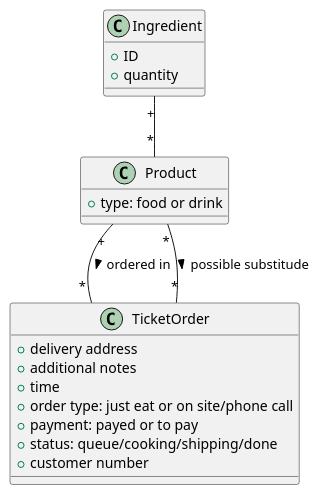
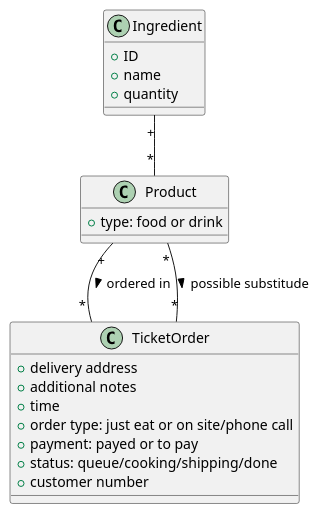
The diagram in ReportToBe.md (MattiaRiola/is-pizzeria-project), drawn with PlantUML before and after one commit. The commit also changed other lines of this file, not shown here.

````diff
--- a/ReportToBe.md
+++ b/ReportToBe.md
@@ -49,26 +71,27 @@
 ```plantuml
 @startuml
 class TicketOrder {
   + delivery address
   + additional notes
   + time
   + order type: just eat or on site/phone call
   + payment: payed or to pay
   + status: queue/cooking/shipping/done
   + customer number
 }
 
 class Product {
   + type: food or drink
 }
 
 class Ingredient {
   + ID
+  + name
   + quantity
 }
 
 Product "+" -- "*" TicketOrder : ordered in >
 Product "*" -- "*" TicketOrder : possible substitude >
 Ingredient "+" -- "*" Product 
 @enduml
 ```
````
